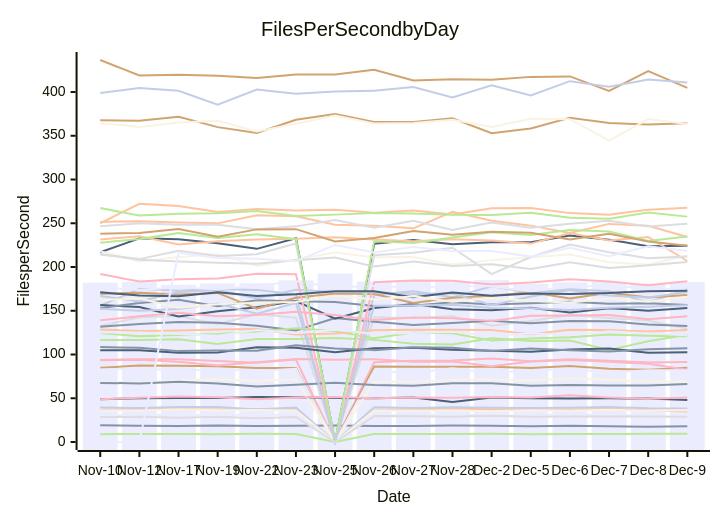
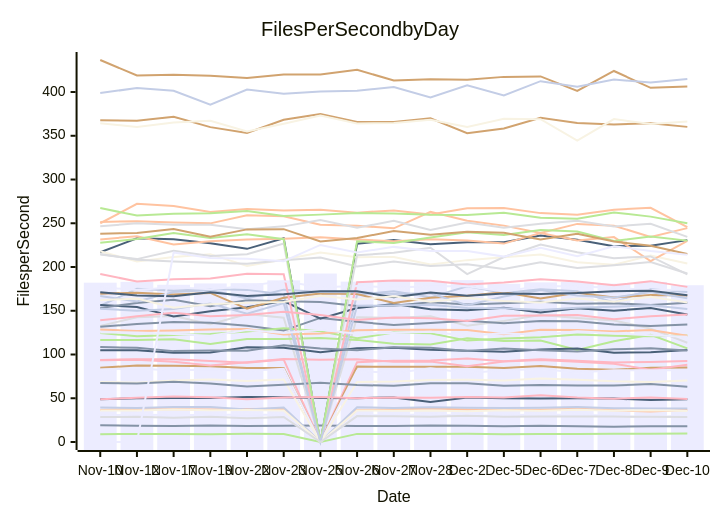
Before and after one commit to streetsidesoftware/cspell: the diagram in perf-report.md, drawn with Mermaid. The commit also changed other lines of this file and 1 other file, not shown here.

````diff
--- a/perf-report.md
+++ b/perf-report.md
@@ -10,57 +10,57 @@
 ```mermaid
 xychart-beta
     title Files Per Second by Day
     y-axis Files per Second
-    x-axis Date [Nov-10, Nov-12, Nov-17, Nov-19, Nov-22, Nov-23, Nov-25, Nov-26, Nov-27, Nov-28, Dec-2, Dec-5, Dec-6, Dec-7, Dec-8, Dec-9]
-    bar [182.11, 183.02, 179.67, 181.22, 181.55, 184.70, 192.57, 183.27, 184.75, 182.79, 184.99, 180.86, 182.42, 182.83, 180.95, 182.95]
-    line [19.12, 18.64, 18.32, 18.95, 18.34, 18.44, 18.84, 18.37, 18.41, 18.93, 18.48, 17.91, 18.52, 17.91, 17.46, 17.89]
-    line [36.70, 37.54, 37.45, 37.05, 37.59, 38.10, 0.00, 36.55, 37.13, 38.36, 37.28, 36.55, 36.94, 38.11, 36.16, 34.90]
-    line [132.61, 142.45, 144.07, 134.61, 146.19, 141.96, 0.00, 142.52, 141.79, 143.85, 132.83, 138.36, 145.16, 141.72, 138.92, 129.58]
-    line [116.49, 116.48, 117.45, 112.12, 117.70, 117.75, 118.80, 116.72, 112.25, 111.37, 118.51, 115.50, 115.87, 105.20, 115.20, 122.48]
-    line [436.61, 418.89, 419.72, 418.60, 416.16, 419.91, 420.14, 425.45, 413.25, 414.49, 414.13, 417.32, 417.87, 401.19, 424.05, 404.78]
-    line [39.54, 38.73, 39.95, 40.00, 37.29, 39.41, 0.00, 39.61, 38.93, 39.59, 39.21, 38.95, 39.16, 39.98, 38.54, 38.36]
-    line [93.85, 94.70, 94.62, 92.44, 90.51, 94.24, 0.00, 91.28, 92.74, 93.28, 95.50, 92.21, 94.67, 92.84, 90.85, 91.43]
-    line [216.82, 232.75, 231.73, 227.11, 220.77, 232.83, 0.00, 226.61, 230.78, 225.94, 228.40, 228.42, 235.98, 231.28, 223.81, 224.38]
-    line [218.08, 206.42, 211.56, 214.70, 201.32, 208.63, 216.56, 211.21, 211.52, 202.80, 207.87, 211.25, 214.29, 205.55, 202.50, 213.14]
-    line [30.57, 31.13, 30.89, 30.94, 31.34, 30.76, 0.00, 30.81, 30.58, 31.64, 29.90, 30.63, 31.36, 30.89, 30.17, 27.90]
-    line [131.65, 134.94, 137.19, 136.33, 132.82, 127.42, 141.81, 137.38, 133.61, 136.04, 138.47, 135.71, 138.36, 137.92, 134.36, 132.66]
-    line [251.54, 252.31, 250.79, 249.89, 259.20, 257.89, 248.21, 247.03, 244.22, 263.12, 252.89, 247.30, 238.91, 249.28, 247.23, 234.36]
-    line [214.93, 208.44, 206.40, 204.90, 203.63, 207.69, 210.97, 200.63, 206.29, 201.28, 203.16, 197.69, 205.56, 198.75, 201.98, 205.78]
-    line [8.92, 9.14, 9.18, 8.84, 9.32, 9.24, 0.00, 9.27, 9.05, 9.13, 9.38, 8.86, 9.19, 9.24, 9.33, 9.47]
-    line [84.78, 87.41, 87.06, 86.68, 84.68, 84.66, 0.00, 86.16, 86.09, 86.12, 86.10, 84.45, 86.85, 83.80, 82.54, 84.79]
-    line [155.75, 175.08, 172.86, 174.82, 173.87, 168.75, 0.00, 168.42, 172.41, 165.34, 178.00, 170.24, 174.62, 172.41, 159.51, 174.62]
-    line [93.46, 93.94, 91.73, 87.45, 91.05, 94.79, 93.97, 94.67, 91.62, 92.04, 86.62, 91.97, 93.82, 91.60, 89.44, 82.46]
-    line [156.47, 154.38, 143.43, 149.38, 154.11, 161.15, 140.96, 153.09, 157.58, 151.62, 150.61, 153.46, 148.08, 152.95, 150.14, 153.13]
-    line [35.87, 36.08, 37.20, 36.20, 36.44, 36.12, 0.00, 36.09, 35.82, 35.94, 35.10, 36.40, 35.75, 36.91, 35.78, 36.33]
-    line [82.79, 84.08, 81.67, 82.81, 81.19, 83.62, 0.00, 81.43, 78.64, 84.26, 78.88, 82.13, 83.39, 79.45, 81.95, 82.06]
-    line [153.25, 158.83, 162.50, 155.26, 161.99, 161.00, 160.02, 155.33, 155.60, 159.85, 157.03, 158.70, 160.32, 157.97, 158.53, 156.72]
-    line [231.54, 235.20, 225.87, 229.42, 231.39, 232.22, 233.95, 231.55, 229.52, 231.73, 230.37, 226.75, 238.77, 230.39, 234.25, 206.87]
-    line [246.50, 250.04, 248.32, 248.40, 243.10, 246.46, 253.84, 244.86, 252.77, 242.22, 250.75, 244.77, 249.57, 253.00, 246.33, 249.46]
-    line [124.62, 120.74, 122.33, 123.30, 126.42, 130.12, 126.69, 118.47, 125.05, 124.39, 115.88, 118.39, 119.81, 122.77, 121.45, 120.76]
-    line [169.54, 170.69, 168.51, 170.43, 152.49, 164.76, 169.85, 169.02, 158.91, 164.95, 167.24, 171.12, 163.98, 170.66, 165.03, 168.12]
-    line [166.86, 160.67, 171.35, 173.67, 163.99, 174.13, 171.44, 171.10, 169.17, 169.92, 156.42, 166.33, 173.70, 167.47, 165.08, 171.54]
-    line [191.91, 183.56, 186.00, 187.01, 192.19, 191.67, 0.00, 182.52, 184.50, 184.37, 180.13, 182.27, 185.97, 183.39, 179.18, 183.86]
-    line [48.94, 50.11, 50.42, 50.32, 51.47, 51.26, 50.21, 50.12, 50.94, 45.60, 50.75, 50.03, 49.80, 49.98, 49.59, 47.97]
-    line [68.69, 67.71, 70.32, 71.50, 69.84, 71.46, 0.00, 68.63, 69.18, 70.98, 71.07, 70.27, 72.65, 71.06, 69.32, 68.69]
-    line [176.80, 173.86, 176.80, 174.52, 178.44, 183.84, 176.75, 178.41, 176.49, 178.04, 178.10, 172.07, 178.26, 177.85, 176.41, 173.41]
-    line [67.56, 66.97, 68.98, 66.79, 63.49, 65.54, 67.63, 65.16, 64.17, 67.20, 67.10, 64.34, 65.01, 64.46, 64.51, 66.15]
-    line [128.50, 126.86, 127.39, 128.53, 129.02, 122.85, 124.15, 127.61, 128.38, 128.27, 127.96, 123.07, 128.36, 127.97, 126.37, 128.11]
-    line [214.23, 209.04, 218.60, 212.59, 214.66, 226.79, 0.00, 213.37, 216.21, 222.03, 191.91, 211.40, 225.62, 216.82, 210.15, 212.06]
-    line [227.77, 231.99, 238.91, 233.06, 237.44, 231.81, 0.00, 229.54, 227.35, 233.78, 239.72, 236.67, 242.41, 240.69, 229.87, 234.86]
-    line [367.87, 367.07, 371.79, 359.89, 353.22, 368.32, 374.93, 365.77, 365.67, 369.95, 352.91, 358.41, 370.56, 364.48, 362.78, 364.44]
-    line [152.28, 150.06, 152.05, 158.28, 146.52, 158.85, 0.00, 155.81, 155.95, 156.73, 153.23, 152.74, 150.88, 153.33, 154.58, 156.25]
-    line [139.03, 143.66, 147.67, 143.64, 145.07, 148.78, 145.20, 139.52, 142.17, 141.34, 138.40, 144.20, 144.71, 145.14, 140.38, 143.82]
-    line [104.85, 104.85, 102.15, 102.24, 108.41, 107.84, 102.72, 107.24, 107.62, 105.35, 104.37, 103.06, 105.64, 106.80, 101.95, 102.69]
-    line [364.43, 360.15, 365.05, 367.22, 354.80, 363.64, 373.17, 364.09, 364.55, 368.33, 360.08, 369.35, 368.90, 344.39, 369.08, 363.46]
-    line [125.03, 125.24, 123.48, 121.57, 127.94, 124.68, 128.18, 123.81, 124.58, 126.05, 121.44, 124.27, 122.27, 126.51, 124.16, 122.14]
-    line [108.53, 107.61, 103.87, 104.59, 104.39, 110.58, 106.99, 105.01, 108.35, 107.81, 104.02, 106.94, 104.99, 103.46, 105.91, 107.21]
-    line [250.02, 272.22, 269.63, 262.78, 266.27, 264.63, 265.39, 262.12, 264.70, 259.96, 267.12, 267.54, 261.60, 259.75, 265.50, 267.60]
-    line [28.56, 28.81, 27.61, 29.00, 27.12, 28.69, 0.00, 29.62, 29.42, 28.97, 30.07, 28.83, 29.04, 29.09, 29.10, 28.75]
-    line [267.34, 258.77, 260.78, 261.46, 264.14, 258.29, 259.88, 261.65, 261.27, 259.85, 259.59, 261.91, 256.38, 255.24, 262.31, 257.60]
-    line [238.15, 238.92, 243.36, 234.75, 243.01, 243.28, 229.25, 233.06, 241.24, 236.91, 240.36, 239.27, 231.52, 238.08, 229.24, 224.19]
-    line [398.88, 404.51, 401.52, 385.51, 402.83, 398.10, 400.47, 401.59, 405.72, 393.85, 407.78, 396.11, 412.42, 405.98, 414.20, 410.80]
-    line [48.84, 50.71, 51.87, 51.27, 48.95, 50.74, 51.36, 50.08, 50.94, 50.51, 51.36, 50.85, 53.51, 50.97, 49.51, 50.73]
-    line [171.14, 167.37, 166.50, 171.04, 166.81, 168.79, 172.43, 172.30, 165.40, 170.85, 167.09, 169.78, 169.21, 170.29, 172.44, 172.82]
-    line [162.10, 163.95, 153.46, 157.33, 159.29, 160.15, 167.27, 163.00, 166.53, 160.28, 164.60, 161.29, 159.50, 164.08, 160.40, 166.00]
-    line [0.00, 0.00, 216.65, 210.39, 209.57, 206.62, 225.23, 216.74, 223.01, 218.30, 218.24, 211.89, 221.99, 212.41, 223.76, 218.34]
+    x-axis Date [Nov-10, Nov-12, Nov-17, Nov-19, Nov-22, Nov-23, Nov-25, Nov-26, Nov-27, Nov-28, Dec-2, Dec-5, Dec-6, Dec-7, Dec-8, Dec-9, Dec-10]
+    bar [182.11, 183.02, 179.67, 181.22, 181.55, 184.70, 192.57, 183.27, 184.75, 182.79, 184.99, 180.86, 182.42, 182.83, 180.95, 182.95, 179.19]
+    line [19.12, 18.64, 18.32, 18.95, 18.34, 18.44, 18.84, 18.37, 18.41, 18.93, 18.48, 17.91, 18.52, 17.91, 17.46, 17.89, 18.13]
+    line [36.70, 37.54, 37.45, 37.05, 37.59, 38.10, 0.00, 36.55, 37.13, 38.36, 37.28, 36.55, 36.94, 38.11, 36.16, 34.90, 36.59]
+    line [132.61, 142.45, 144.07, 134.61, 146.19, 141.96, 0.00, 142.52, 141.79, 143.85, 132.83, 138.36, 145.16, 141.72, 138.92, 129.58, 113.42]
+    line [116.49, 116.48, 117.45, 112.12, 117.70, 117.75, 118.80, 116.72, 112.25, 111.37, 118.51, 115.50, 115.87, 105.20, 115.20, 122.48, 107.06]
+    line [436.61, 418.89, 419.72, 418.60, 416.16, 419.91, 420.14, 425.45, 413.25, 414.49, 414.13, 417.32, 417.87, 401.19, 424.05, 404.78, 406.35]
+    line [39.54, 38.73, 39.95, 40.00, 37.29, 39.41, 0.00, 39.61, 38.93, 39.59, 39.21, 38.95, 39.16, 39.98, 38.54, 38.36, 38.36]
+    line [93.85, 94.70, 94.62, 92.44, 90.51, 94.24, 0.00, 91.28, 92.74, 93.28, 95.50, 92.21, 94.67, 92.84, 90.85, 91.43, 92.60]
+    line [216.82, 232.75, 231.73, 227.11, 220.77, 232.83, 0.00, 226.61, 230.78, 225.94, 228.40, 228.42, 235.98, 231.28, 223.81, 224.38, 230.73]
+    line [218.08, 206.42, 211.56, 214.70, 201.32, 208.63, 216.56, 211.21, 211.52, 202.80, 207.87, 211.25, 214.29, 205.55, 202.50, 213.14, 203.97]
+    line [30.57, 31.13, 30.89, 30.94, 31.34, 30.76, 0.00, 30.81, 30.58, 31.64, 29.90, 30.63, 31.36, 30.89, 30.17, 27.90, 30.55]
+    line [131.65, 134.94, 137.19, 136.33, 132.82, 127.42, 141.81, 137.38, 133.61, 136.04, 138.47, 135.71, 138.36, 137.92, 134.36, 132.66, 134.27]
+    line [251.54, 252.31, 250.79, 249.89, 259.20, 257.89, 248.21, 247.03, 244.22, 263.12, 252.89, 247.30, 238.91, 249.28, 247.23, 234.36, 244.44]
+    line [214.93, 208.44, 206.40, 204.90, 203.63, 207.69, 210.97, 200.63, 206.29, 201.28, 203.16, 197.69, 205.56, 198.75, 201.98, 205.78, 192.58]
+    line [8.92, 9.14, 9.18, 8.84, 9.32, 9.24, 0.00, 9.27, 9.05, 9.13, 9.38, 8.86, 9.19, 9.24, 9.33, 9.47, 9.61]
+    line [84.78, 87.41, 87.06, 86.68, 84.68, 84.66, 0.00, 86.16, 86.09, 86.12, 86.10, 84.45, 86.85, 83.80, 82.54, 84.79, 85.17]
+    line [155.75, 175.08, 172.86, 174.82, 173.87, 168.75, 0.00, 168.42, 172.41, 165.34, 178.00, 170.24, 174.62, 172.41, 159.51, 174.62, 171.51]
+    line [93.46, 93.94, 91.73, 87.45, 91.05, 94.79, 93.97, 94.67, 91.62, 92.04, 86.62, 91.97, 93.82, 91.60, 89.44, 82.46, 88.30]
+    line [156.47, 154.38, 143.43, 149.38, 154.11, 161.15, 140.96, 153.09, 157.58, 151.62, 150.61, 153.46, 148.08, 152.95, 150.14, 153.13, 145.78]
+    line [35.87, 36.08, 37.20, 36.20, 36.44, 36.12, 0.00, 36.09, 35.82, 35.94, 35.10, 36.40, 35.75, 36.91, 35.78, 36.33, 35.41]
+    line [82.79, 84.08, 81.67, 82.81, 81.19, 83.62, 0.00, 81.43, 78.64, 84.26, 78.88, 82.13, 83.39, 79.45, 81.95, 82.06, 81.96]
+    line [153.25, 158.83, 162.50, 155.26, 161.99, 161.00, 160.02, 155.33, 155.60, 159.85, 157.03, 158.70, 160.32, 157.97, 158.53, 156.72, 159.18]
+    line [231.54, 235.20, 225.87, 229.42, 231.39, 232.22, 233.95, 231.55, 229.52, 231.73, 230.37, 226.75, 238.77, 230.39, 234.25, 206.87, 229.87]
+    line [246.50, 250.04, 248.32, 248.40, 243.10, 246.46, 253.84, 244.86, 252.77, 242.22, 250.75, 244.77, 249.57, 253.00, 246.33, 249.46, 234.43]
+    line [124.62, 120.74, 122.33, 123.30, 126.42, 130.12, 126.69, 118.47, 125.05, 124.39, 115.88, 118.39, 119.81, 122.77, 121.45, 120.76, 121.79]
+    line [169.54, 170.69, 168.51, 170.43, 152.49, 164.76, 169.85, 169.02, 158.91, 164.95, 167.24, 171.12, 163.98, 170.66, 165.03, 168.12, 167.40]
+    line [166.86, 160.67, 171.35, 173.67, 163.99, 174.13, 171.44, 171.10, 169.17, 169.92, 156.42, 166.33, 173.70, 167.47, 165.08, 171.54, 164.38]
+    line [191.91, 183.56, 186.00, 187.01, 192.19, 191.67, 0.00, 182.52, 184.50, 184.37, 180.13, 182.27, 185.97, 183.39, 179.18, 183.86, 177.29]
+    line [48.94, 50.11, 50.42, 50.32, 51.47, 51.26, 50.21, 50.12, 50.94, 45.60, 50.75, 50.03, 49.80, 49.98, 49.59, 47.97, 48.84]
+    line [68.69, 67.71, 70.32, 71.50, 69.84, 71.46, 0.00, 68.63, 69.18, 70.98, 71.07, 70.27, 72.65, 71.06, 69.32, 68.69, 70.43]
+    line [176.80, 173.86, 176.80, 174.52, 178.44, 183.84, 176.75, 178.41, 176.49, 178.04, 178.10, 172.07, 178.26, 177.85, 176.41, 173.41, 174.24]
+    line [67.56, 66.97, 68.98, 66.79, 63.49, 65.54, 67.63, 65.16, 64.17, 67.20, 67.10, 64.34, 65.01, 64.46, 64.51, 66.15, 63.18]
+    line [128.50, 126.86, 127.39, 128.53, 129.02, 122.85, 124.15, 127.61, 128.38, 128.27, 127.96, 123.07, 128.36, 127.97, 126.37, 128.11, 121.50]
+    line [214.23, 209.04, 218.60, 212.59, 214.66, 226.79, 0.00, 213.37, 216.21, 222.03, 191.91, 211.40, 225.62, 216.82, 210.15, 212.06, 191.55]
+    line [227.77, 231.99, 238.91, 233.06, 237.44, 231.81, 0.00, 229.54, 227.35, 233.78, 239.72, 236.67, 242.41, 240.69, 229.87, 234.86, 230.17]
+    line [367.87, 367.07, 371.79, 359.89, 353.22, 368.32, 374.93, 365.77, 365.67, 369.95, 352.91, 358.41, 370.56, 364.48, 362.78, 364.44, 360.18]
+    line [152.28, 150.06, 152.05, 158.28, 146.52, 158.85, 0.00, 155.81, 155.95, 156.73, 153.23, 152.74, 150.88, 153.33, 154.58, 156.25, 152.15]
+    line [139.03, 143.66, 147.67, 143.64, 145.07, 148.78, 145.20, 139.52, 142.17, 141.34, 138.40, 144.20, 144.71, 145.14, 140.38, 143.82, 145.78]
+    line [104.85, 104.85, 102.15, 102.24, 108.41, 107.84, 102.72, 107.24, 107.62, 105.35, 104.37, 103.06, 105.64, 106.80, 101.95, 102.69, 105.10]
+    line [364.43, 360.15, 365.05, 367.22, 354.80, 363.64, 373.17, 364.09, 364.55, 368.33, 360.08, 369.35, 368.90, 344.39, 369.08, 363.46, 366.29]
+    line [125.03, 125.24, 123.48, 121.57, 127.94, 124.68, 128.18, 123.81, 124.58, 126.05, 121.44, 124.27, 122.27, 126.51, 124.16, 122.14, 120.17]
+    line [108.53, 107.61, 103.87, 104.59, 104.39, 110.58, 106.99, 105.01, 108.35, 107.81, 104.02, 106.94, 104.99, 103.46, 105.91, 107.21, 104.66]
+    line [250.02, 272.22, 269.63, 262.78, 266.27, 264.63, 265.39, 262.12, 264.70, 259.96, 267.12, 267.54, 261.60, 259.75, 265.50, 267.60, 245.47]
+    line [28.56, 28.81, 27.61, 29.00, 27.12, 28.69, 0.00, 29.62, 29.42, 28.97, 30.07, 28.83, 29.04, 29.09, 29.10, 28.75, 28.65]
+    line [267.34, 258.77, 260.78, 261.46, 264.14, 258.29, 259.88, 261.65, 261.27, 259.85, 259.59, 261.91, 256.38, 255.24, 262.31, 257.60, 250.13]
+    line [238.15, 238.92, 243.36, 234.75, 243.01, 243.28, 229.25, 233.06, 241.24, 236.91, 240.36, 239.27, 231.52, 238.08, 229.24, 224.19, 214.79]
+    line [398.88, 404.51, 401.52, 385.51, 402.83, 398.10, 400.47, 401.59, 405.72, 393.85, 407.78, 396.11, 412.42, 405.98, 414.20, 410.80, 414.80]
+    line [48.84, 50.71, 51.87, 51.27, 48.95, 50.74, 51.36, 50.08, 50.94, 50.51, 51.36, 50.85, 53.51, 50.97, 49.51, 50.73, 49.15]
+    line [171.14, 167.37, 166.50, 171.04, 166.81, 168.79, 172.43, 172.30, 165.40, 170.85, 167.09, 169.78, 169.21, 170.29, 172.44, 172.82, 167.78]
+    line [162.10, 163.95, 153.46, 157.33, 159.29, 160.15, 167.27, 163.00, 166.53, 160.28, 164.60, 161.29, 159.50, 164.08, 160.40, 166.00, 159.37]
+    line [0.00, 0.00, 216.65, 210.39, 209.57, 206.62, 225.23, 216.74, 223.01, 218.30, 218.24, 211.89, 221.99, 212.41, 223.76, 218.34, 214.11]
 ```
````
